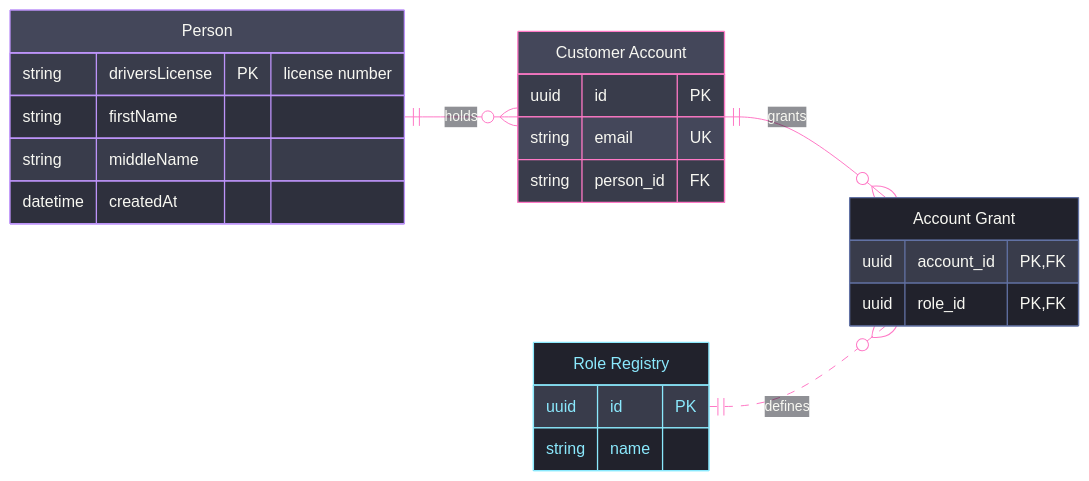
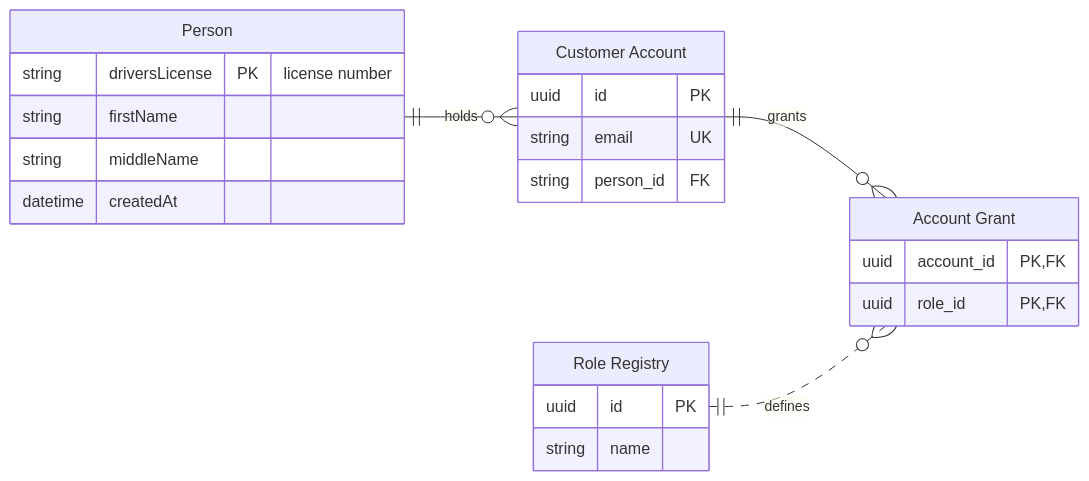
Before and after one commit to bsamiee/Rasm: the fifth of 5 diagrams in .claude/skills/mermaid-diagramming/references/syntax-core.md, drawn with Mermaid. The commit also changed other lines of this file and 28 other files, not shown here.

Commit message:
skills(docgen+mermaid): payload-only diagram law — docgen gate/fixer strips fence styling; mermaid bundle sheds the styling canon, theming survives as one opt-in reference

````diff
--- a/.claude/skills/mermaid-diagramming/references/syntax-core.md
+++ b/.claude/skills/mermaid-diagramming/references/syntax-core.md
@@ -301,57 +173,28 @@
 ```mermaid
----
-config:
-  theme: base
-  look: classic
-  themeVariables:
-    darkMode: true
-    fontFamily: "SF Mono, Menlo, Cascadia Mono, Segoe UI Mono, Consolas, monospace"
-    useGradient: false
-    dropShadow: "none"
-    background: "#282A36"
-    primaryColor: "#44475A"
-    primaryTextColor: "#F8F8F2"
-    primaryBorderColor: "#BD93F9"
-    tertiaryColor: "#21222C"
-    mainBkg: "#44475A"
-    nodeBorder: "#BD93F9"
-    lineColor: "#FF79C6"
-    textColor: "#F8F8F2"
-    edgeLabelBackground: "#21222C"
-    attributeBackgroundColorOdd: "#282A36"
-    attributeBackgroundColorEven: "#21222C"
-  themeCSS: ".nodeLabel{font-size:12px}.name .nodeLabel{font-size:13px;font-weight:600}.edgeLabel .nodeLabel{font-size:12px;font-weight:500}.relationshipLine{stroke-width:2px}.edge-pattern-dashed{stroke-width:1.5px;stroke-dasharray:6 6}.marker path,.marker circle{transform:scale(.8);transform-origin:5px 5px}.marker circle{fill:#282A36}.node rect,.node path{stroke-width:1.5px;filter:none!important}.er.entityBox{filter:none}"
----
 erDiagram
     accTitle: ER attribute grammar demo
     accDescr: A person holding customer accounts whose grants resolve through a junction onto an externally owned role registry.
     direction LR
     p["Person"] {
         string driversLicense PK "license number"
         string firstName
         string middleName
         datetime createdAt
     }
     a["Customer Account"] {
         uuid id PK
         string email UK
         string person_id FK
     }
     g["Account Grant"] {
         uuid account_id PK, FK
         uuid role_id PK, FK
     }
     r["Role Registry"] {
         uuid id PK
         string name
     }
     p only one to zero or more a : holds
     a ||--o{ g : grants
     r ||..o{ g : defines
-    classDef primary fill:#44475A,stroke:#FF79C6,color:#F8F8F2
-    classDef recessed fill:#21222C,stroke:#6272A4,color:#F8F8F2
-    classDef external fill:#21222C,stroke:#8BE9FD,color:#8BE9FD
-    class a primary
-    class g recessed
-    class r external
 ```
````
